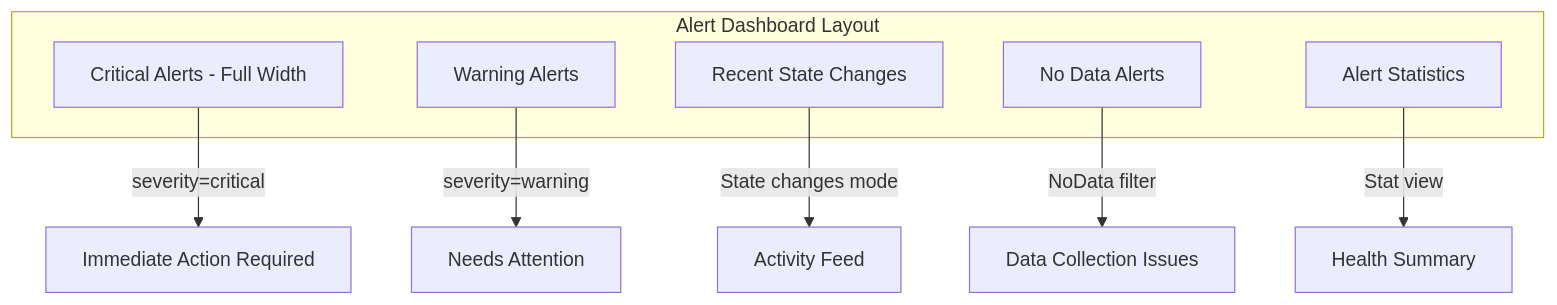
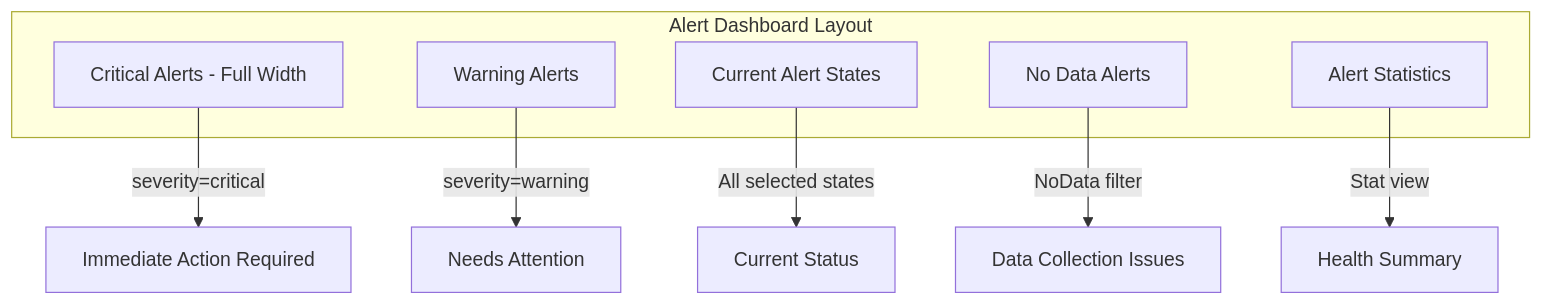
Before and after one commit to OneUptime/blog: the third of 4 diagrams in posts/2026-01-30-grafana-alert-list-panel/README.md, drawn with Mermaid. The commit also changed other lines of this file and 2 other files, not shown here.

Commit message:
validate: 2026-01-30-grafana-alert-list-panel

````diff
--- a/posts/2026-01-30-grafana-alert-list-panel/README.md
+++ b/posts/2026-01-30-grafana-alert-list-panel/README.md
@@ -214,16 +216,16 @@
 ```mermaid
 graph TB
     subgraph "Alert Dashboard Layout"
         A[Critical Alerts - Full Width]
         B[Warning Alerts]
-        C[Recent State Changes]
+        C[Current Alert States]
         D[No Data Alerts]
         E[Alert Statistics]
     end
 
     A --> |"severity=critical"| F[Immediate Action Required]
     B --> |"severity=warning"| G[Needs Attention]
-    C --> |"State changes mode"| H[Activity Feed]
+    C --> |"All selected states"| H[Current Status]
     D --> |"NoData filter"| I[Data Collection Issues]
     E --> |"Stat view"| J[Health Summary]
 ```
````
